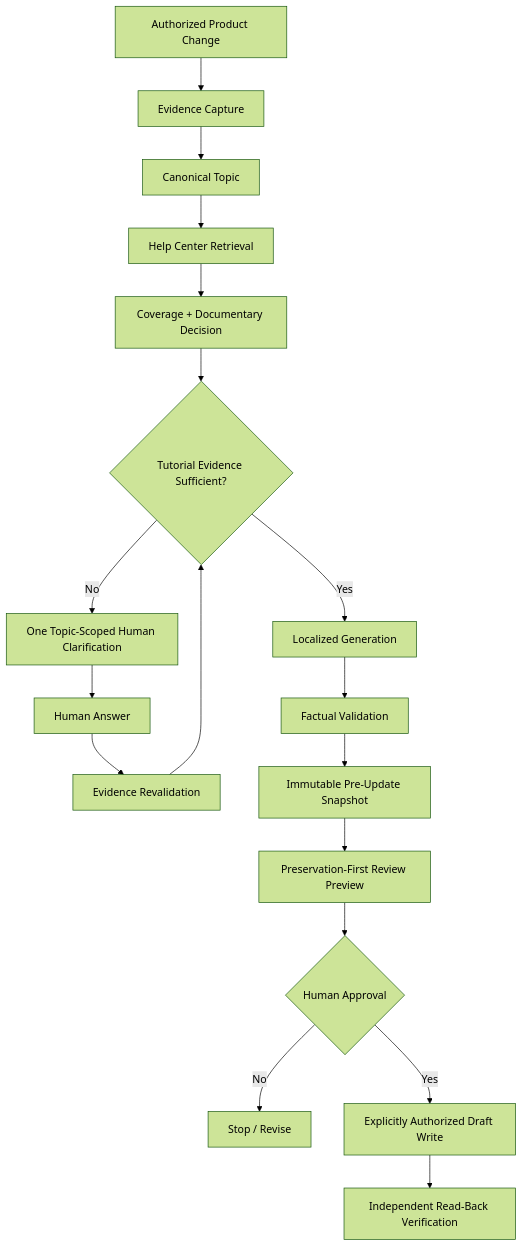
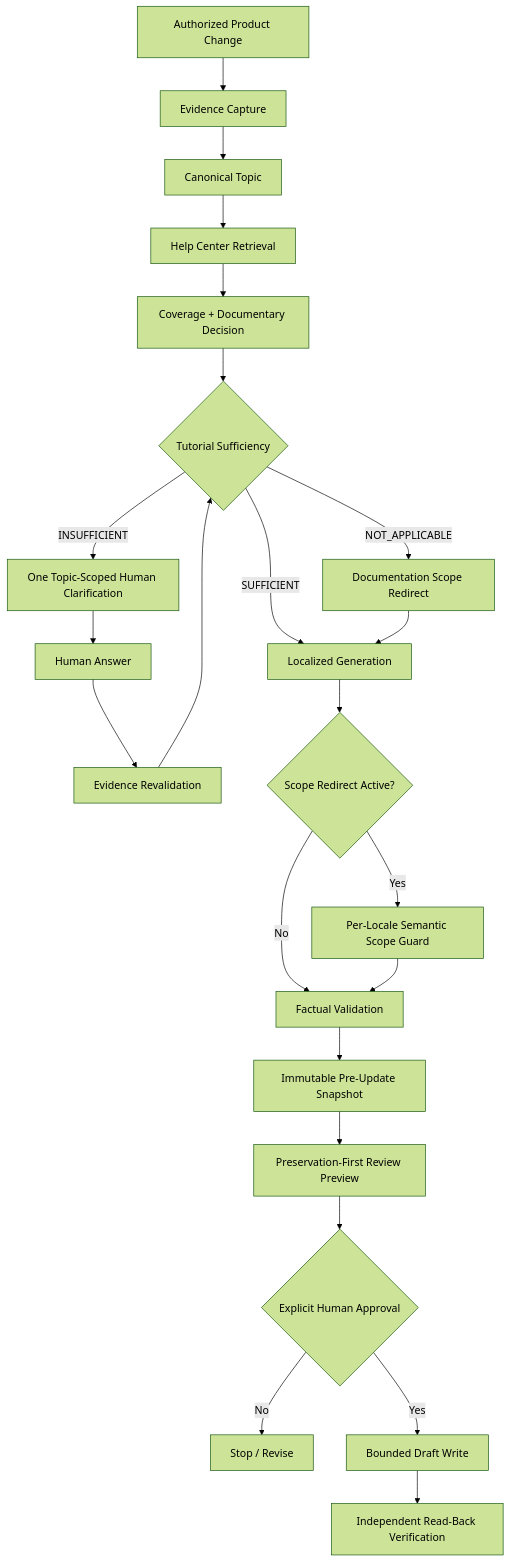
One commit to erikasrcastro/bia-governed-documentation-showcase changed the diagram in README.md. Above: the diagram before and after it, drawn with Mermaid (forest theme). The commit also changed other lines of this file, not shown here.

Commit message:
docs: update public BIA showcase to scope redirect milestone

```diff
--- a/README.md
+++ b/README.md
@@ -101,22 +112,30 @@
 ~~~mermaid
 flowchart TD
     A[Authorized Product Change] --> B[Evidence Capture]
     B --> C[Canonical Topic]
     C --> D[Help Center Retrieval]
     D --> E[Coverage + Documentary Decision]
-    E --> F{Tutorial Evidence Sufficient?}
+    E --> F{Tutorial Sufficiency}
 
-    F -- No --> G[One Topic-Scoped Human Clarification]
+    F -- SUFFICIENT --> J[Localized Generation]
+
+    F -- INSUFFICIENT --> G[One Topic-Scoped Human Clarification]
     G --> H[Human Answer]
     H --> I[Evidence Revalidation]
     I --> F
 
-    F -- Yes --> J[Localized Generation]
-    J --> K[Factual Validation]
-    K --> L[Immutable Pre-Update Snapshot]
-    L --> M[Preservation-First Review Preview]
-    M --> N{Human Approval}
-    N -- No --> O[Stop / Revise]
-    N -- Yes --> P[Explicitly Authorized Draft Write]
-    P --> Q[Independent Read-Back Verification]
+    F -- NOT_APPLICABLE --> R[Documentation Scope Redirect]
+    R --> J
+
+    J --> K{Scope Redirect Active?}
+    K -- Yes --> S[Per-Locale Semantic Scope Guard]
+    K -- No --> L[Factual Validation]
+    S --> L
+
+    L --> M[Immutable Pre-Update Snapshot]
+    M --> N[Preservation-First Review Preview]
+    N --> O{Explicit Human Approval}
+    O -- No --> P[Stop / Revise]
+    O -- Yes --> Q[Bounded Draft Write]
+    Q --> T[Independent Read-Back Verification]
 ~~~
```
